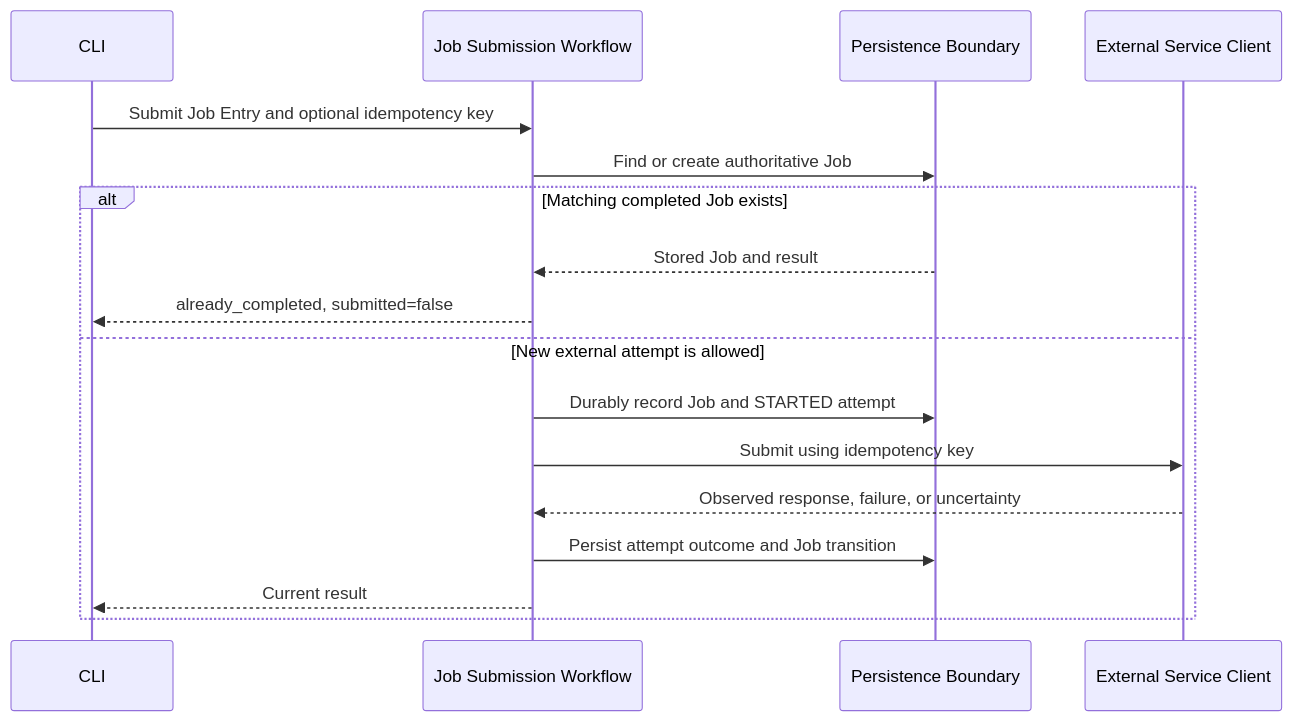
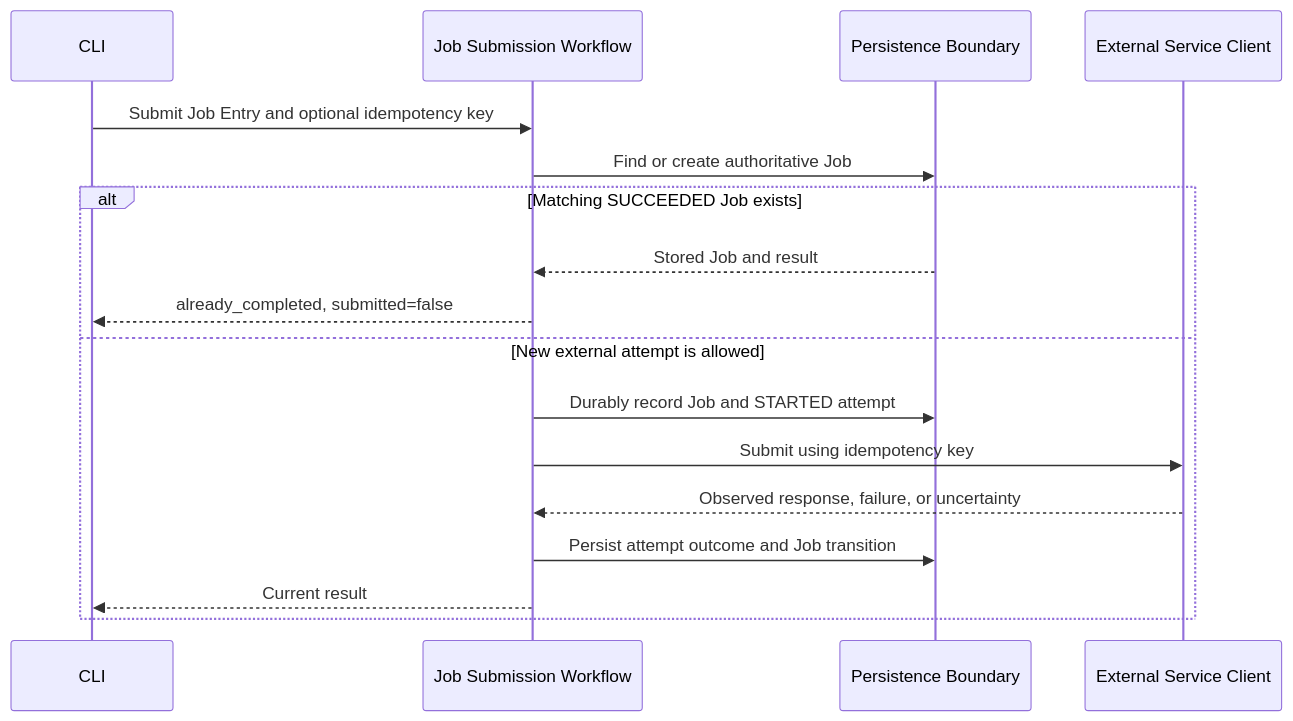
Before and after one commit to maksym-shpak/boolean-maybe: the third of 3 diagrams in docs/architecture/architecture-overview.md, drawn with Mermaid. The commit also changed other lines of this file and 4 other files, not shown here.

Commit message:
docs(architecture): accept identity and duplicate prevention ADR

````diff
--- a/docs/architecture/architecture-overview.md
+++ b/docs/architecture/architecture-overview.md
@@ -128,20 +128,20 @@
 ```mermaid
 sequenceDiagram
   participant C as CLI
   participant W as Job Submission Workflow
   participant P as Persistence Boundary
   participant E as External Service Client
 
   C->>W: Submit Job Entry and optional idempotency key
   W->>P: Find or create authoritative Job
-  alt Matching completed Job exists
+  alt Matching SUCCEEDED Job exists
     P-->>W: Stored Job and result
     W-->>C: already_completed, submitted=false
   else New external attempt is allowed
     W->>P: Durably record Job and STARTED attempt
     W->>E: Submit using idempotency key
     E-->>W: Observed response, failure, or uncertainty
     W->>P: Persist attempt outcome and Job transition
     W-->>C: Current result
   end
 ```
````
